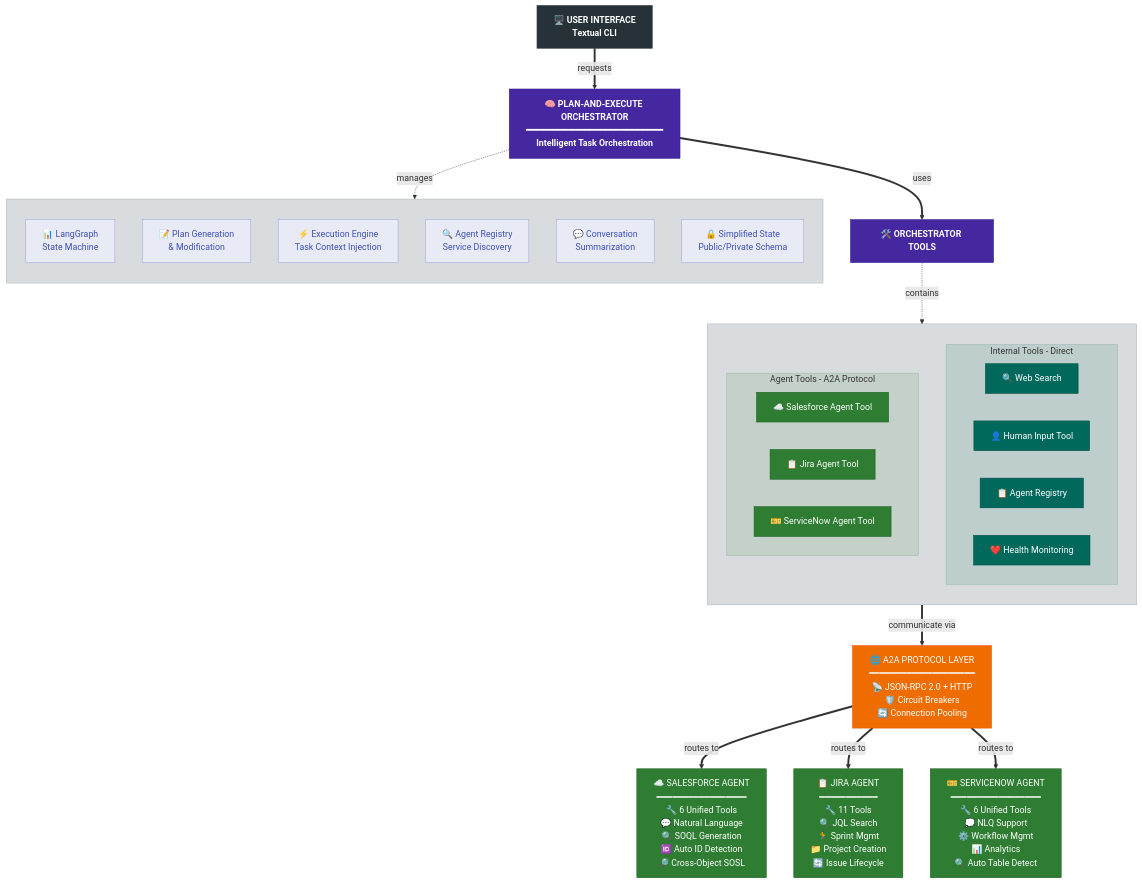
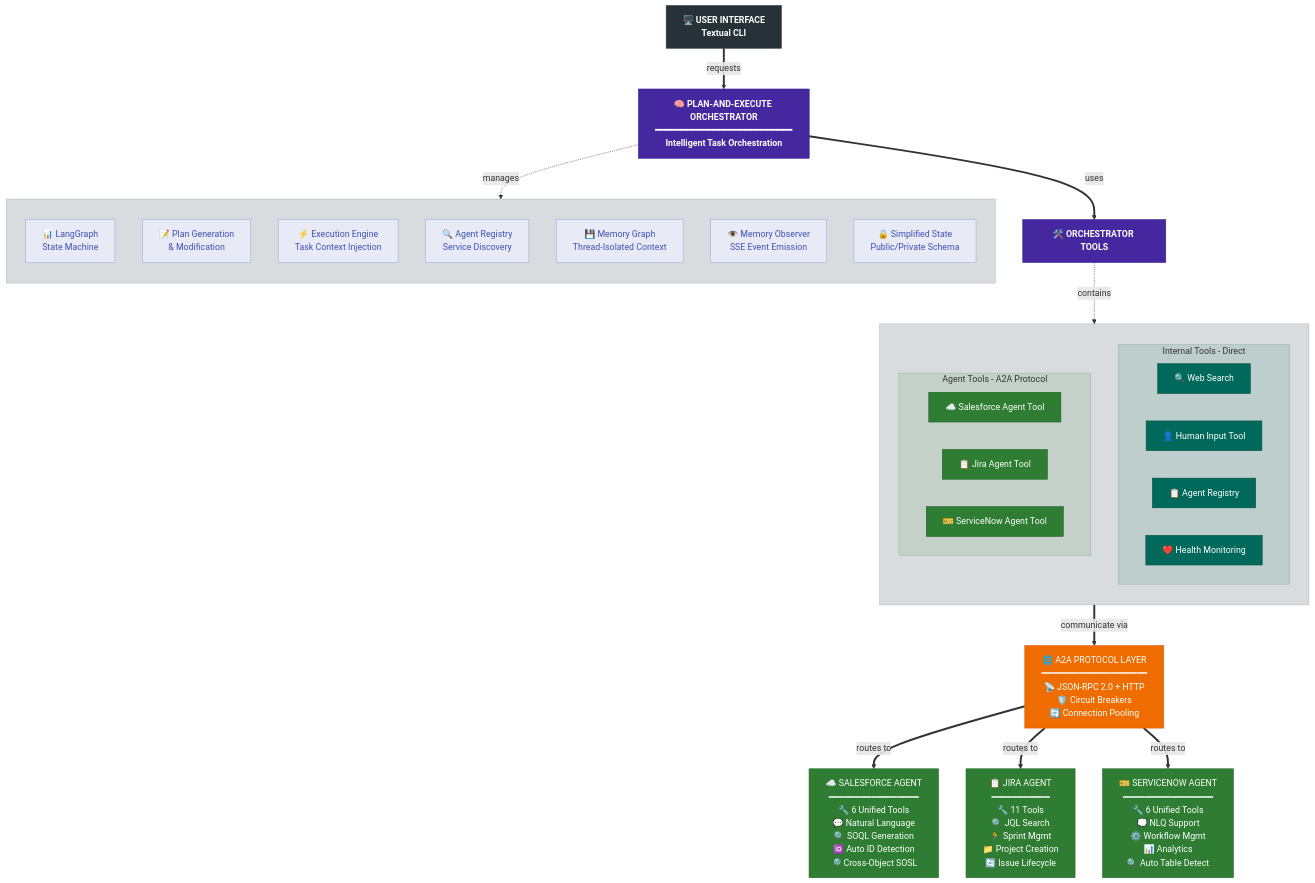
The first of 3 diagrams in docs/guides/comprehensive-onboarding-guide.md (nickpeterson92/consultant-assistant), drawn with Mermaid before and after one commit. The commit also changed other lines of this file, not shown here.

````diff
--- a/docs/guides/comprehensive-onboarding-guide.md
+++ b/docs/guides/comprehensive-onboarding-guide.md
@@ -242,69 +242,70 @@
 ```mermaid
 flowchart TB
     %% Modern, sleek color scheme with subtle, muted tones
     classDef uiClass fill:#263238,stroke:#37474f,stroke-width:1px,color:#ffffff,font-weight:bold
     classDef orchestratorClass fill:#4527a0,stroke:#311b92,stroke-width:1px,color:#ffffff,font-weight:bold
     classDef protocolClass fill:#ef6c00,stroke:#e65100,stroke-width:1px,color:#ffffff
     classDef agentToolClass fill:#2e7d32,stroke:#1b5e20,stroke-width:1px,color:#ffffff
     classDef internalToolClass fill:#00695c,stroke:#004d40,stroke-width:1px,color:#ffffff
     classDef componentClass fill:#e8eaf6,stroke:#9fa8da,stroke-width:1px,color:#3f51b5
     
     %% User Interface Layer
     UI[🖥️ USER INTERFACE<br>Textual CLI]:::uiClass
     
     %% Main Orchestrator
     UI ==>|"requests"| ORCH[🧠 PLAN-AND-EXECUTE ORCHESTRATOR<br>━━━━━━━━━━━━━━━━━━━━━━━━━━<br>Intelligent Task Orchestration]:::orchestratorClass
     
     %% Core Components with semi-transparent styling
     subgraph components[" "]
         direction TB
         LG[📊 LangGraph<br>State Machine]:::componentClass
         PG[📝 Plan Generation<br>& Modification]:::componentClass
         EE[⚡ Execution Engine<br>Task Context Injection]:::componentClass
         AR[🔍 Agent Registry<br>Service Discovery]:::componentClass
-        CS[💬 Conversation<br>Summarization]:::componentClass
+        MG[💾 Memory Graph<br>Thread-Isolated Context]:::componentClass
+        MO[👁️ Memory Observer<br>SSE Event Emission]:::componentClass
         SS[🔒 Simplified State<br>Public/Private Schema]:::componentClass
     end
     
     %% All Tools under one umbrella
     ORCH ==>|"uses"| TOOLS[🛠️ ORCHESTRATOR TOOLS]:::orchestratorClass
     
     %% Tools subgraph containing both types
     subgraph tools[" "]
         direction TB
         
         %% Internal Tools (Direct)
         subgraph internal["Internal Tools - Direct"]
             WS[🔍 Web Search]:::internalToolClass
             HI[👤 Human Input Tool]:::internalToolClass
             REG[📋 Agent Registry]:::internalToolClass
             HM[❤️ Health Monitoring]:::internalToolClass
         end
         
         %% Agent Tools (via A2A)
         subgraph agents["Agent Tools - A2A Protocol"]
             SFT[☁️ Salesforce Agent Tool]:::agentToolClass
             JT[📋 Jira Agent Tool]:::agentToolClass
             SNT[🎫 ServiceNow Agent Tool]:::agentToolClass
         end
     end
     
     TOOLS -.->|contains| tools
     
     %% A2A Protocol connection from agent tools
     agents ==>|"communicate via"| PROTOCOL[🌐 A2A PROTOCOL LAYER<br>━━━━━━━━━━━━━━━━━━━━<br>📡 JSON-RPC 2.0 + HTTP<br>🛡️ Circuit Breakers<br>🔄 Connection Pooling]:::protocolClass
     
     %% Remote Agents
     PROTOCOL ==>|"routes to"| SF[☁️ SALESFORCE AGENT<br>━━━━━━━━━━━━━━━━━<br>🔧 6 Unified Tools<br>💬 Natural Language<br>🔍 SOQL Generation<br>🆔 Auto ID Detection<br>🔎 Cross-Object SOSL]:::agentToolClass
     
     PROTOCOL ==>|"routes to"| JIRA[📋 JIRA AGENT<br>━━━━━━━━━━━<br>🔧 11 Tools<br>🔍 JQL Search<br>🏃 Sprint Mgmt<br>📁 Project Creation<br>🔄 Issue Lifecycle]:::agentToolClass
     
     PROTOCOL ==>|"routes to"| SN[🎫 SERVICENOW AGENT<br>━━━━━━━━━━━━━━━━━<br>🔧 6 Unified Tools<br>💭 NLQ Support<br>⚙️ Workflow Mgmt<br>📊 Analytics<br>🔍 Auto Table Detect]:::agentToolClass
     
     %% Styling adjustments
     ORCH -.->|manages| components
     style components fill:#37474f30,stroke:#546e7a60,stroke-width:1px
     style tools fill:#37474f30,stroke:#546e7a60,stroke-width:1px
     style internal fill:#00695c20,stroke:#00695c40,stroke-width:1px
     style agents fill:#2e7d3220,stroke:#2e7d3240,stroke-width:1px
 ```
````
